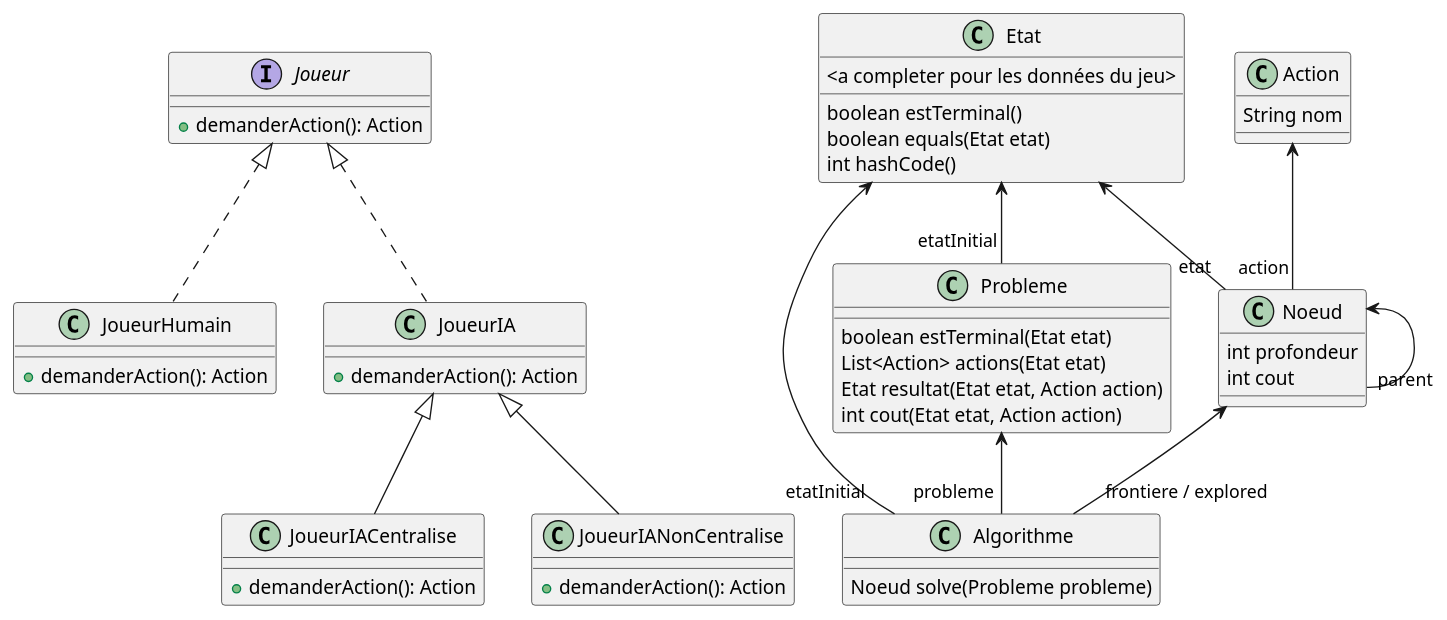
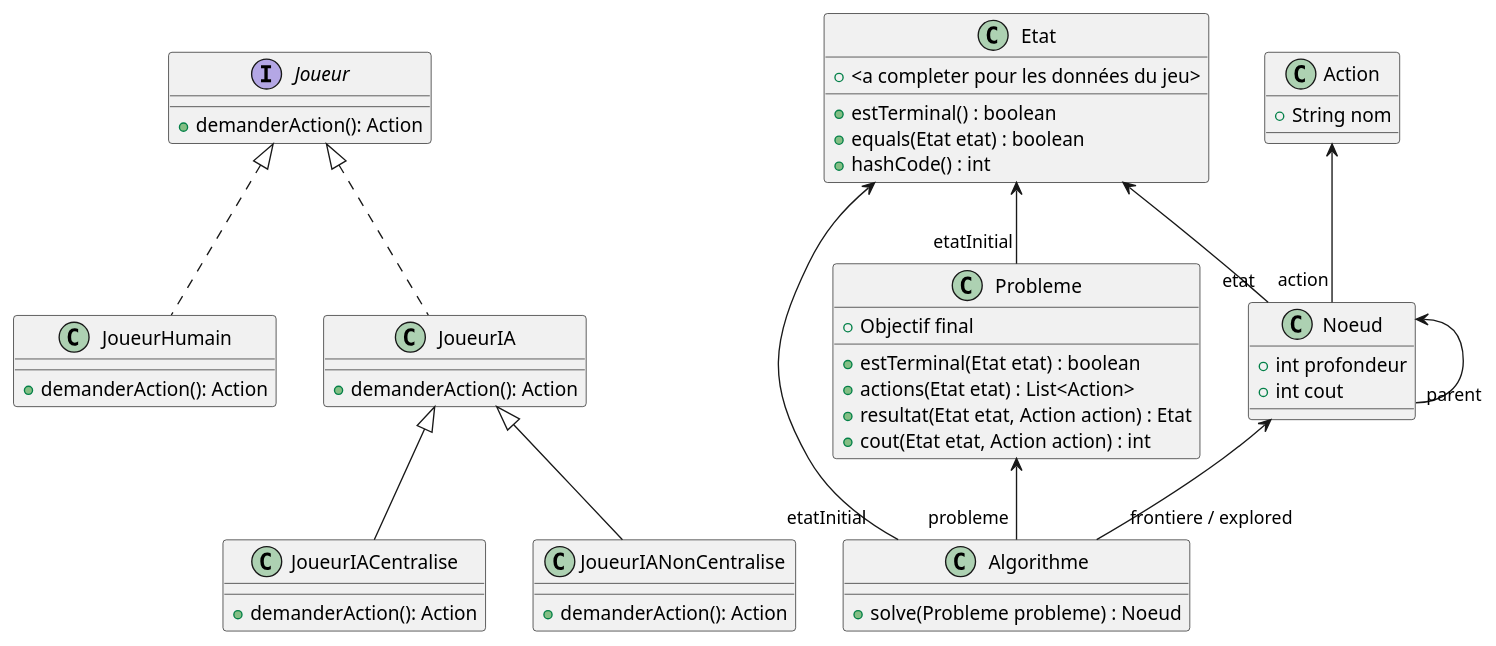
The diagram in assets/DiagClassIA.puml (ThomasRbn/PTUT_BERNARD_ROBINEAU_ROUYER_RUSSO), drawn with PlantUML before and after one commit. The commit also changed 1 other file, not shown here.

Commit message:
Ajout de la classe donneesJeu dans DiagClassNonIA.puml et mise à jour des incohérences dans DiagClassIA.puml

```diff
--- a/assets/DiagClassIA.puml
+++ b/assets/DiagClassIA.puml
@@ -1,55 +1,56 @@
 @startuml
 
 interface Joueur {
     + demanderAction(): Action
 }
 
 class JoueurHumain implements Joueur {
     + demanderAction(): Action
 }
 
 class JoueurIA implements Joueur {
     + demanderAction(): Action
 }
 
 class JoueurIACentralise extends JoueurIA {
     + demanderAction(): Action
 }
 class JoueurIANonCentralise extends JoueurIA {
     + demanderAction(): Action
 }
 class Algorithme{
-    Noeud solve(Probleme probleme)
+    + solve(Probleme probleme) : Noeud
 }
 Probleme <-- "probleme" Algorithme
 Etat <-- "etatInitial" Algorithme
 Noeud <-- "frontiere / explored" Algorithme
 
 class Action{
-    String nom
+    + String nom
 }
 
 class Probleme{
-    boolean estTerminal(Etat etat)
-    List<Action> actions(Etat etat)
-    Etat resultat(Etat etat, Action action)
-    int cout(Etat etat, Action action)
+    + Objectif final
+    + estTerminal(Etat etat) : boolean
+    + actions(Etat etat) : List<Action>
+    + resultat(Etat etat, Action action) : Etat
+    + cout(Etat etat, Action action) : int
 }
 Etat <-- "etatInitial" Probleme
 
 
 class Etat{
-    <a completer pour les données du jeu>
-    boolean estTerminal()
-    boolean equals(Etat etat)
-    int hashCode()
+    + <a completer pour les données du jeu>
+    + estTerminal() : boolean
+    + equals(Etat etat) : boolean
+    + hashCode() : int
 }
 
 class Noeud{
-    int profondeur
-    int cout
+    + int profondeur
+    + int cout
 }
 Etat <-- "etat" Noeud
 Action <-- "action" Noeud
 Noeud <-- "parent" Noeud
 @enduml
```
